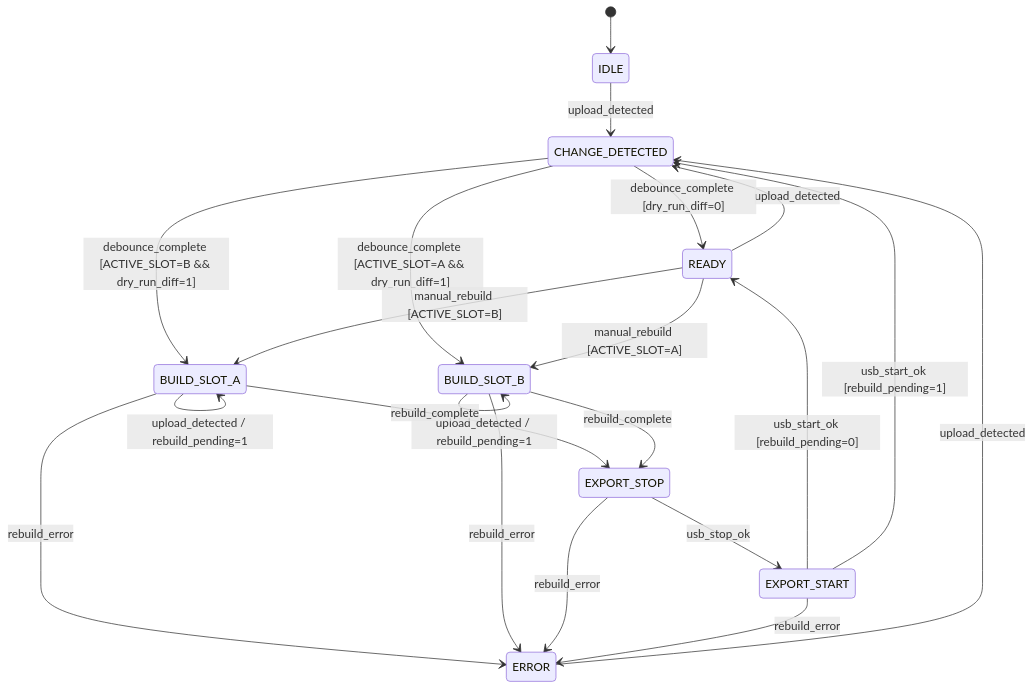
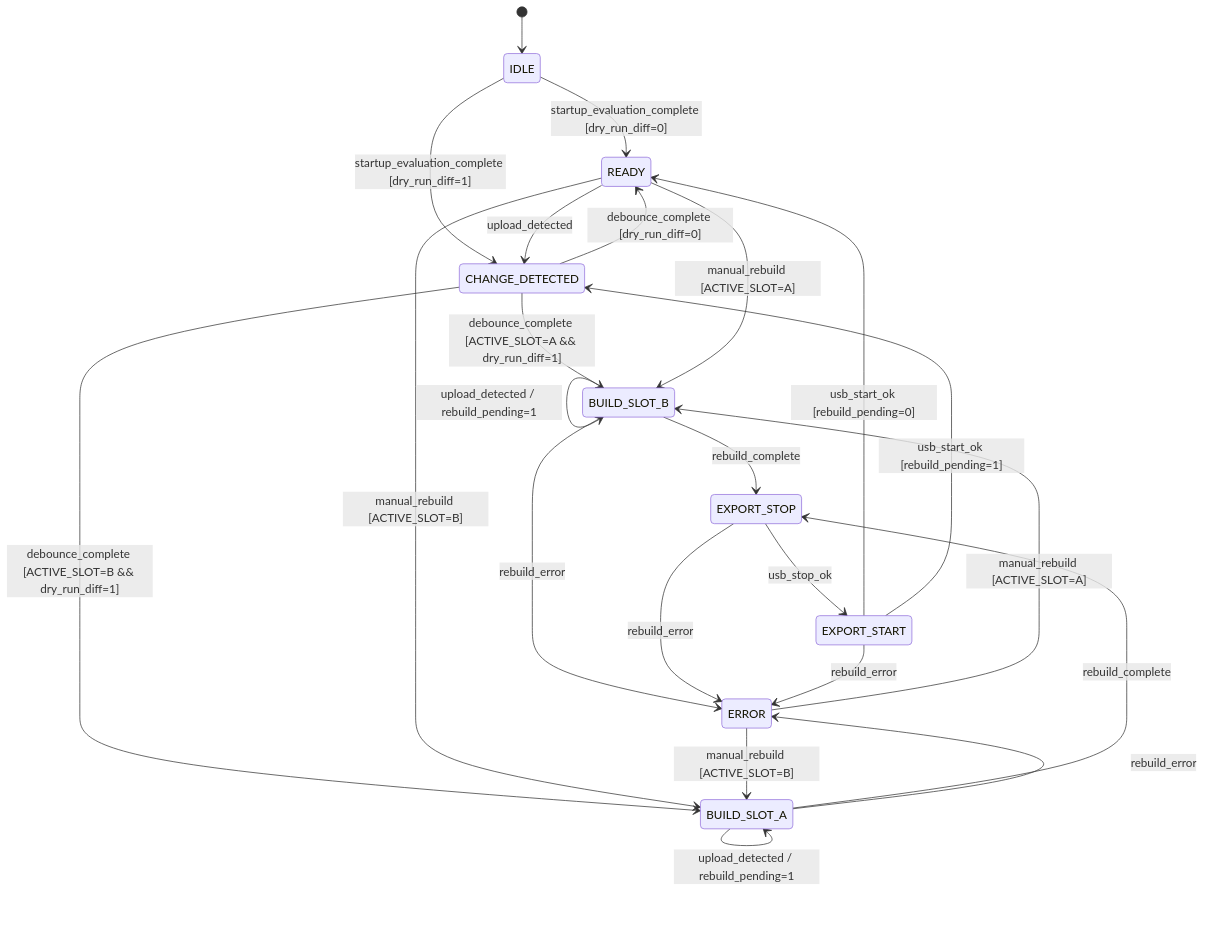
One commit to KrzysztofOle/cnc-control changed the diagram in docs/SHADOW_MODE.md. Above: the diagram before and after it, drawn with Mermaid. The commit also changed other lines of this file, not shown here.

````diff
--- a/docs/SHADOW_MODE.md
+++ b/docs/SHADOW_MODE.md
@@ -416,31 +461,33 @@
 ```mermaid
 stateDiagram-v2
     [*] --> IDLE
 
-    IDLE --> CHANGE_DETECTED: upload_detected
+    IDLE --> READY: startup_evaluation_complete [dry_run_diff=0]
+    IDLE --> CHANGE_DETECTED: startup_evaluation_complete [dry_run_diff=1]
     READY --> CHANGE_DETECTED: upload_detected
-    ERROR --> CHANGE_DETECTED: upload_detected
 
     CHANGE_DETECTED --> READY: debounce_complete [dry_run_diff=0]
     CHANGE_DETECTED --> BUILD_SLOT_B: debounce_complete [ACTIVE_SLOT=A && dry_run_diff=1]
     CHANGE_DETECTED --> BUILD_SLOT_A: debounce_complete [ACTIVE_SLOT=B && dry_run_diff=1]
 
     READY --> BUILD_SLOT_B: manual_rebuild [ACTIVE_SLOT=A]
     READY --> BUILD_SLOT_A: manual_rebuild [ACTIVE_SLOT=B]
+    ERROR --> BUILD_SLOT_B: manual_rebuild [ACTIVE_SLOT=A]
+    ERROR --> BUILD_SLOT_A: manual_rebuild [ACTIVE_SLOT=B]
 
     BUILD_SLOT_A --> BUILD_SLOT_A: upload_detected / rebuild_pending=1
     BUILD_SLOT_B --> BUILD_SLOT_B: upload_detected / rebuild_pending=1
 
     BUILD_SLOT_A --> EXPORT_STOP: rebuild_complete
     BUILD_SLOT_B --> EXPORT_STOP: rebuild_complete
 
     BUILD_SLOT_A --> ERROR: rebuild_error
     BUILD_SLOT_B --> ERROR: rebuild_error
 
     EXPORT_STOP --> EXPORT_START: usb_stop_ok
     EXPORT_STOP --> ERROR: rebuild_error
 
     EXPORT_START --> READY: usb_start_ok [rebuild_pending=0]
     EXPORT_START --> CHANGE_DETECTED: usb_start_ok [rebuild_pending=1]
     EXPORT_START --> ERROR: rebuild_error
 ```
````
